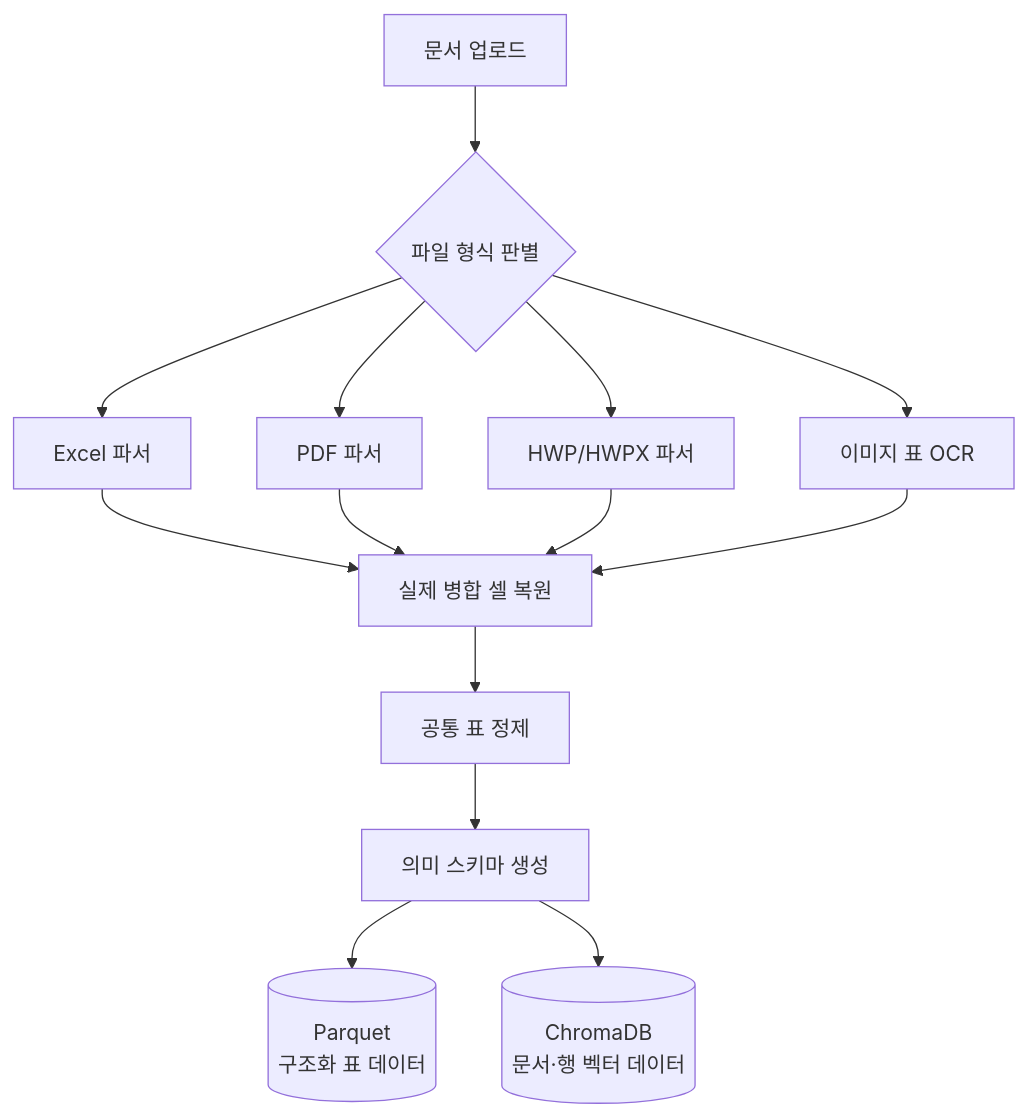
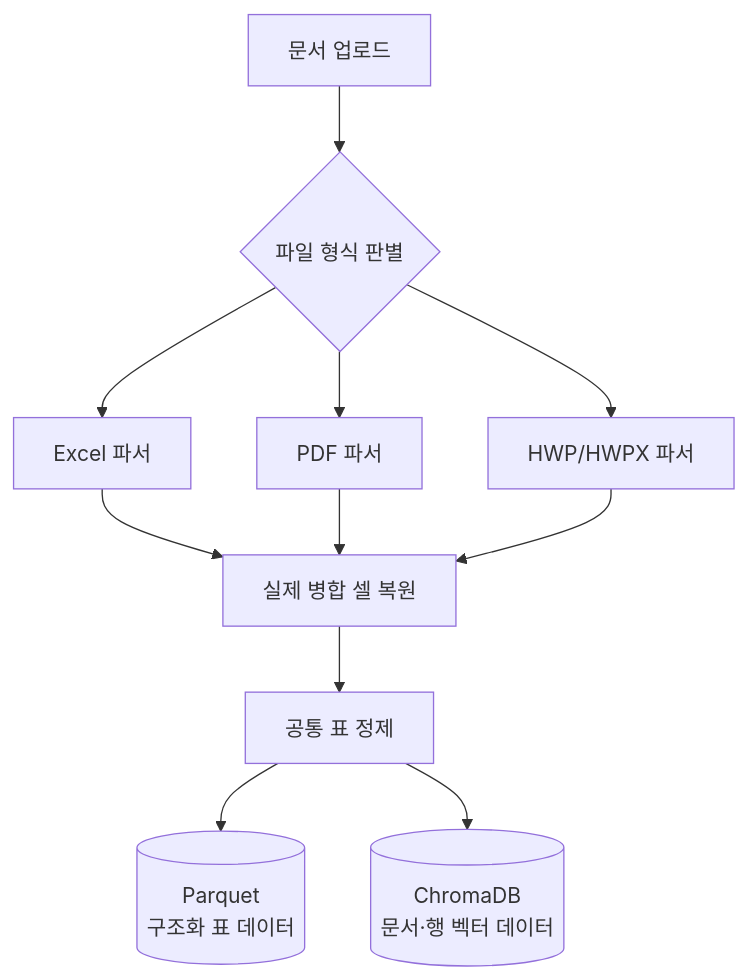
Before and after one commit to knu-2026-summer-main-enhancement/finance-doc-agent: the second of 14 diagrams in README.md, drawn with Mermaid. The commit also changed other lines of this file, not shown here.

````diff
--- a/README.md
+++ b/README.md
@@ -49,18 +48,15 @@
 ```mermaid
 flowchart TD
     A[문서 업로드] --> B{파일 형식 판별}
     B --> B1[Excel 파서]
     B --> B2[PDF 파서]
     B --> B3[HWP/HWPX 파서]
-    B --> B4[이미지 표 OCR]
 
     B1 --> C[실제 병합 셀 복원]
     B2 --> C
     B3 --> C
-    B4 --> C
 
     C --> D[공통 표 정제]
-    D --> E[의미 스키마 생성]
-    E --> F1[(Parquet<br/>구조화 표 데이터)]
-    E --> F2[(ChromaDB<br/>문서·행 벡터 데이터)]
+    D --> F1[(Parquet<br/>구조화 표 데이터)]
+    D --> F2[(ChromaDB<br/>문서·행 벡터 데이터)]
 ```
````
